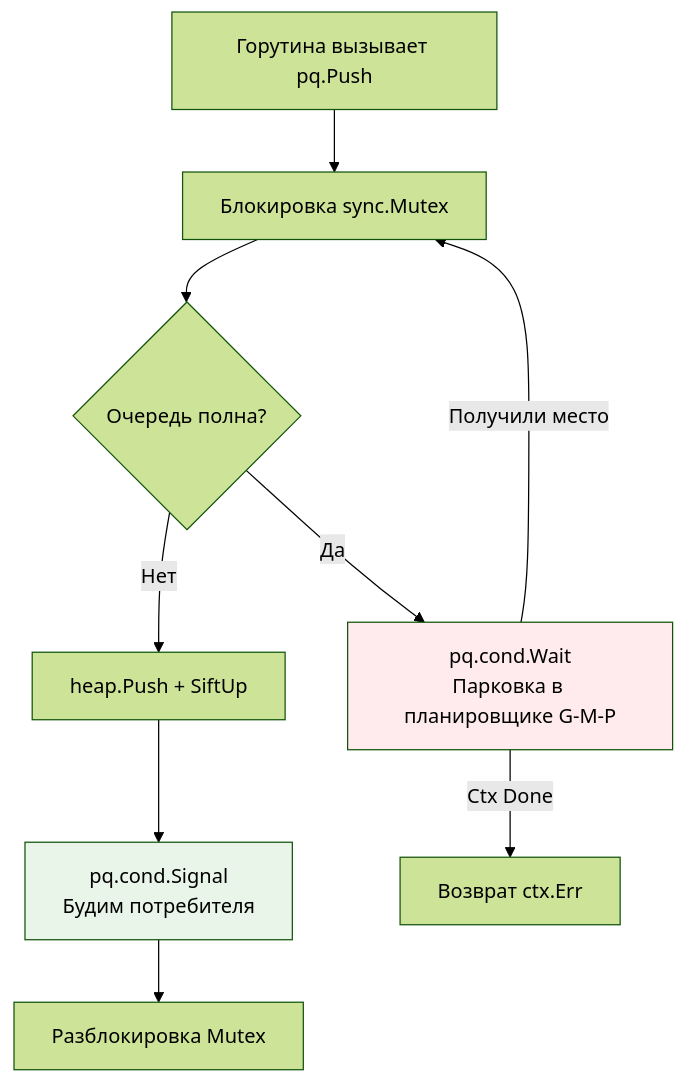
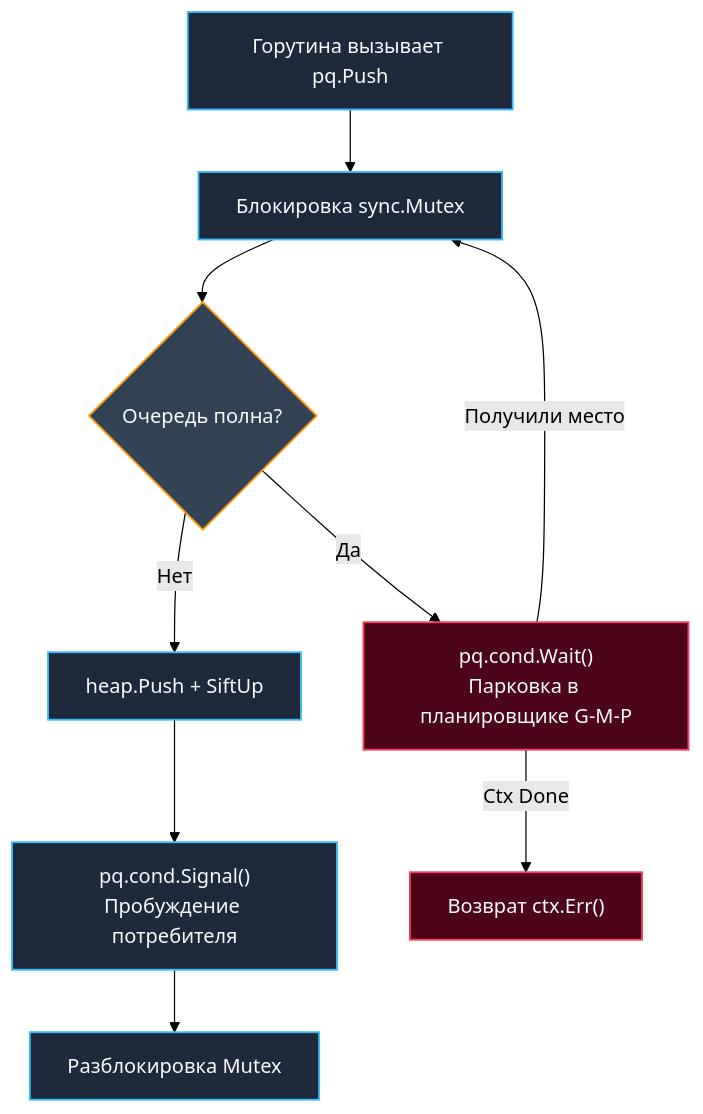
The diagram in sources/20. Алгоритмы и структуры данных (DSA) на Go/06. Кучи и приоритетные очереди/3. Очередь с приоритетом.md (UnrealTemplier/go-textbook), drawn with Mermaid (forest theme) before and after one commit. The commit also changed other lines of this file, not shown here.

````diff
--- a/sources/20. Алгоритмы и структуры данных (DSA) на Go/06. Кучи и приоритетные очереди/3. Очередь с приоритетом.md
+++ b/sources/20. Алгоритмы и структуры данных (DSA) на Go/06. Кучи и приоритетные очереди/3. Очередь с приоритетом.md
@@ -186,14 +196,20 @@
 ```mermaid
 flowchart TD
     Start["Горутина вызывает pq.Push"] --> Lock["Блокировка sync.Mutex"]
     Lock --> Full{"Очередь полна?"}
-    Full -->|Да| Wait["pq.cond.Wait<br>Парковка в планировщике G-M-P"]
-    Full -->|Нет| Push["heap.Push + SiftUp"]
-    Push --> Signal["pq.cond.Signal<br>Будим потребителя"]
+    Full -->|"Да"| Wait["pq.cond.Wait()<br/>Парковка в планировщике G-M-P"]
+    Full -->|"Нет"| Push["heap.Push + SiftUp"]
+    Push --> Signal["pq.cond.Signal()<br/>Пробуждение потребителя"]
     Signal --> Unlock["Разблокировка Mutex"]
-    Wait -->|Получили место| Lock
-    Wait -->|Ctx Done| Abort["Возврат ctx.Err"]
-    
-    style Wait fill:#ffebee
-    style Signal fill:#e8f5e8
+    Wait -->|"Получили место"| Lock
+    Wait -->|"Ctx Done"| Abort["Возврат ctx.Err()"]
+
+    classDef proc fill:#1e293b,stroke:#38bdf8,stroke-width:1.5px,color:#f8fafc;
+    classDef check fill:#334155,stroke:#f59e0b,stroke-width:1.5px,color:#f8fafc;
+    classDef wait fill:#4c0519,stroke:#f43f5e,stroke-width:1.5px,color:#f8fafc;
+    classDef ok fill:#14532d,stroke:#10b981,stroke-width:1.5px,color:#f8fafc;
+
+    class Start,Lock,Push,Signal,Unlock proc;
+    class Full check;
+    class Wait,Abort wait;
 ```
````
